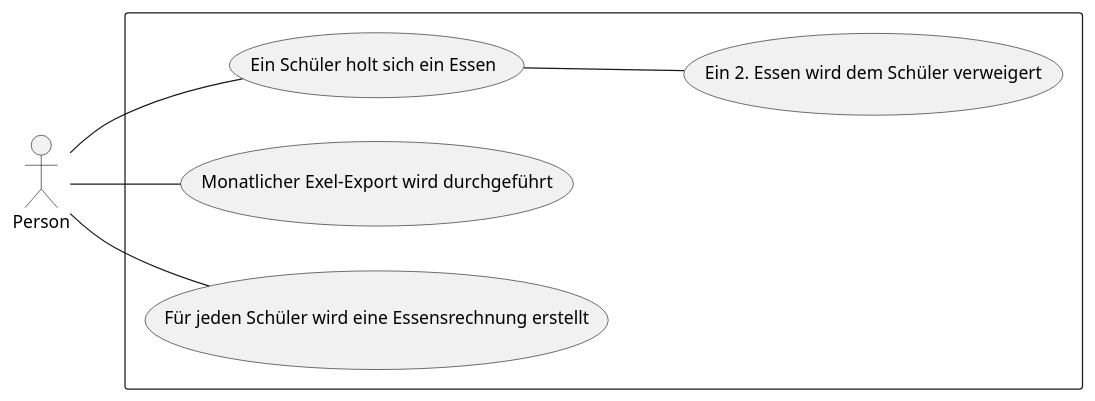
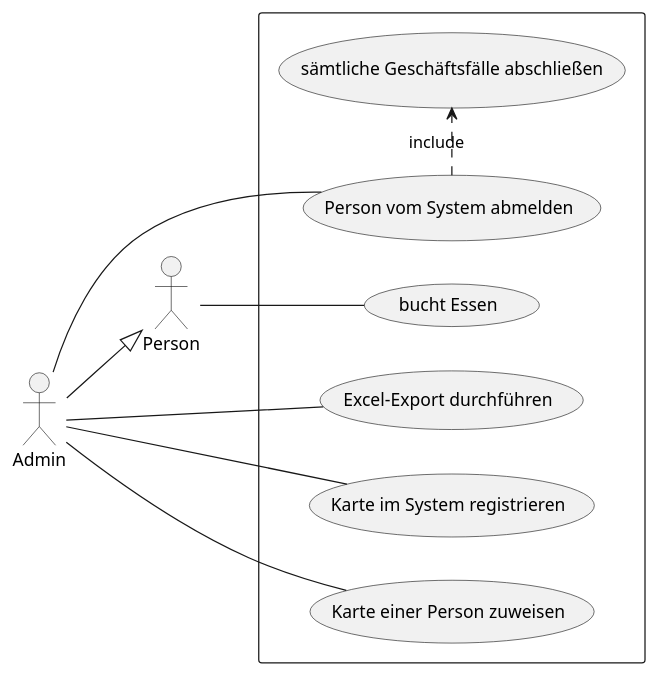
One commit to htl-leonding-project/nfc-meal-counter changed the diagram in asciidocs/plantuml/ucd.puml. Above: the diagram before and after it, drawn with PlantUML.

Commit message:
update ucd #4

```diff
--- a/asciidocs/plantuml/ucd.puml
+++ b/asciidocs/plantuml/ucd.puml
@@ -1,13 +1,17 @@
 @startuml
 left to right direction
         actor Person
+        actor Admin
 
         rectangle {
 
-        Person -- (Ein Schüler holt sich ein Essen)
-        (Ein Schüler holt sich ein Essen) -- (Ein 2. Essen wird dem Schüler verweigert)
-        Person -- (Monatlicher Exel-Export wird durchgeführt)
-        Person -- (Für jeden Schüler wird eine Essensrechnung erstellt)
+        Person -- (bucht Essen)
+        Admin -- (Person vom System abmelden)
+        (Person vom System abmelden) .> (sämtliche Geschäftsfälle abschließen) :include
+        Admin -- (Excel-Export durchführen)
+        Admin -- (Karte im System registrieren)
+        Admin -- (Karte einer Person zuweisen)
+        Admin --|> Person
 
         }
 @enduml
```
